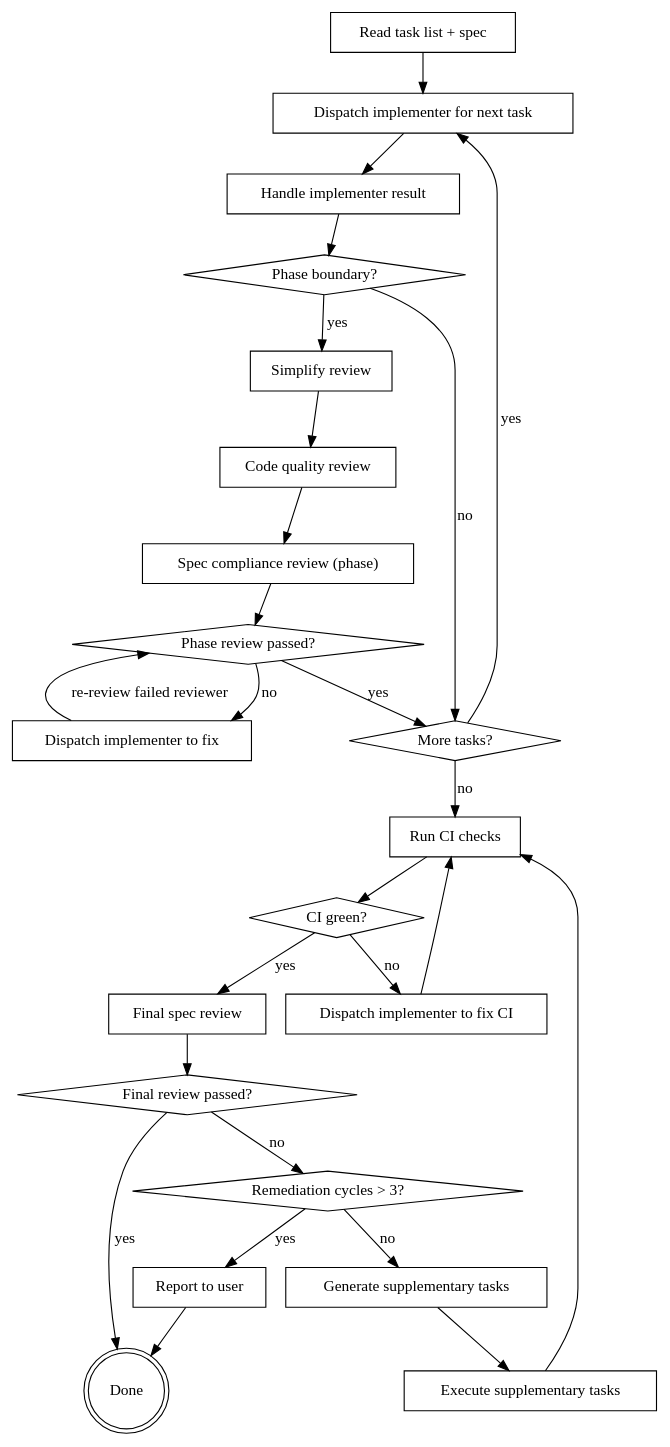
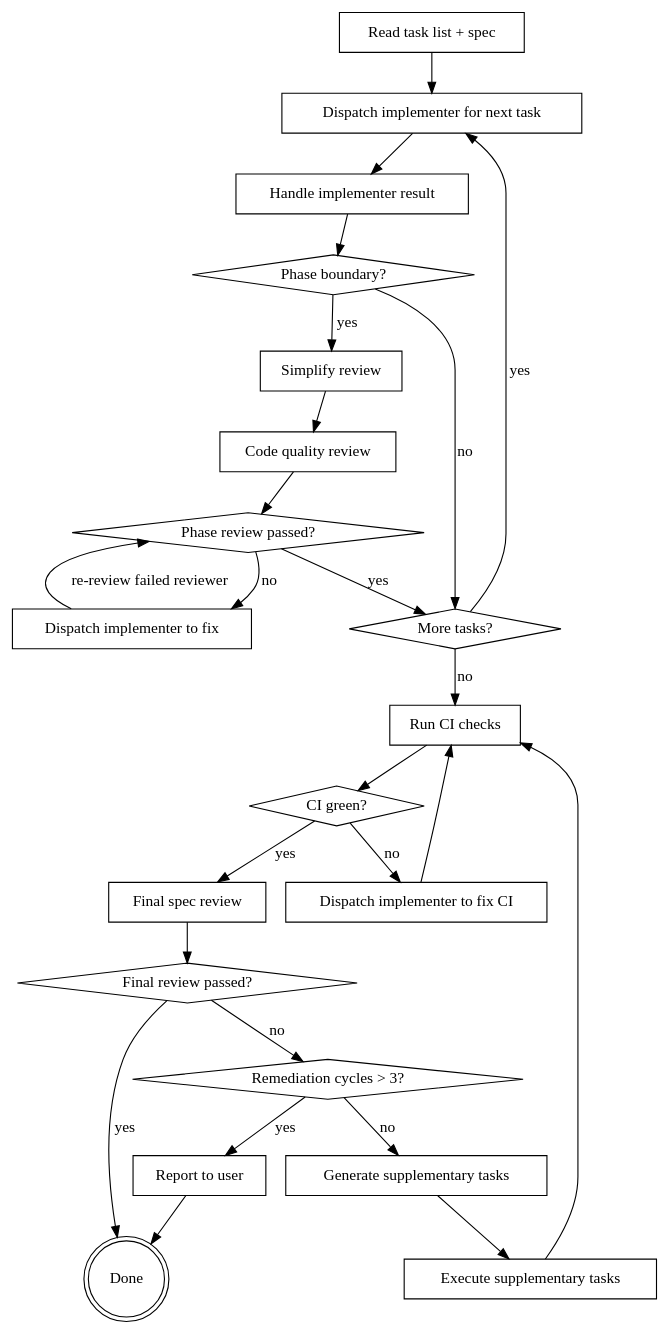
One commit to xmtplabs/code-factory changed the diagram in skills/executing-plans/SKILL.md. Above: the diagram before and after it, drawn with Graphviz. The commit also changed other lines of this file and 3 other files, not shown here.

Commit message:
Move spec compliance to the end. Discourage entire code blocks in task list

````diff
--- a/skills/executing-plans/SKILL.md
+++ b/skills/executing-plans/SKILL.md
@@ -12,50 +12,48 @@
 ```dot
 digraph execute {
     "Read task list + spec" [shape=box];
     "Dispatch implementer for next task" [shape=box];
     "Handle implementer result" [shape=box];
     "Phase boundary?" [shape=diamond];
     "Simplify review" [shape=box];
     "Code quality review" [shape=box];
-    "Spec compliance review (phase)" [shape=box];
     "Phase review passed?" [shape=diamond];
     "Dispatch implementer to fix" [shape=box];
     "More tasks?" [shape=diamond];
     "Run CI checks" [shape=box];
     "CI green?" [shape=diamond];
     "Dispatch implementer to fix CI" [shape=box];
     "Final spec review" [shape=box];
     "Final review passed?" [shape=diamond];
     "Generate supplementary tasks" [shape=box];
     "Execute supplementary tasks" [shape=box];
     "Remediation cycles > 3?" [shape=diamond];
     "Report to user" [shape=box];
     "Done" [shape=doublecircle];
 
     "Read task list + spec" -> "Dispatch implementer for next task";
     "Dispatch implementer for next task" -> "Handle implementer result";
     "Handle implementer result" -> "Phase boundary?";
     "Phase boundary?" -> "More tasks?" [label="no"];
     "Phase boundary?" -> "Simplify review" [label="yes"];
     "Simplify review" -> "Code quality review";
-    "Code quality review" -> "Spec compliance review (phase)";
-    "Spec compliance review (phase)" -> "Phase review passed?";
+    "Code quality review" -> "Phase review passed?";
     "Phase review passed?" -> "More tasks?" [label="yes"];
     "Phase review passed?" -> "Dispatch implementer to fix" [label="no"];
     "Dispatch implementer to fix" -> "Phase review passed?" [label="re-review failed reviewer"];
     "More tasks?" -> "Dispatch implementer for next task" [label="yes"];
     "More tasks?" -> "Run CI checks" [label="no"];
     "Run CI checks" -> "CI green?" ;
     "CI green?" -> "Final spec review" [label="yes"];
     "CI green?" -> "Dispatch implementer to fix CI" [label="no"];
     "Dispatch implementer to fix CI" -> "Run CI checks";
     "Final spec review" -> "Final review passed?";
     "Final review passed?" -> "Done" [label="yes"];
     "Final review passed?" -> "Remediation cycles > 3?" [label="no"];
     "Remediation cycles > 3?" -> "Generate supplementary tasks" [label="no"];
     "Remediation cycles > 3?" -> "Report to user" [label="yes"];
     "Generate supplementary tasks" -> "Execute supplementary tasks";
     "Execute supplementary tasks" -> "Run CI checks";
     "Report to user" -> "Done";
 }
 ```
````
